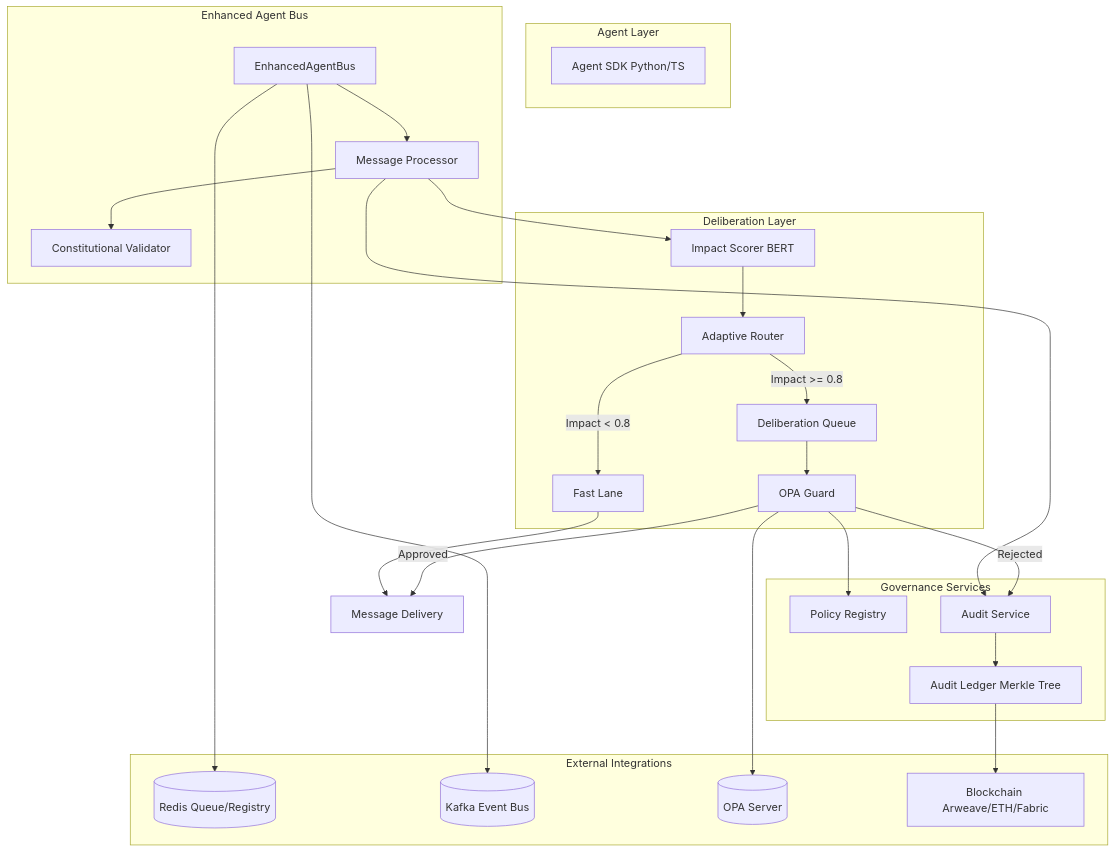
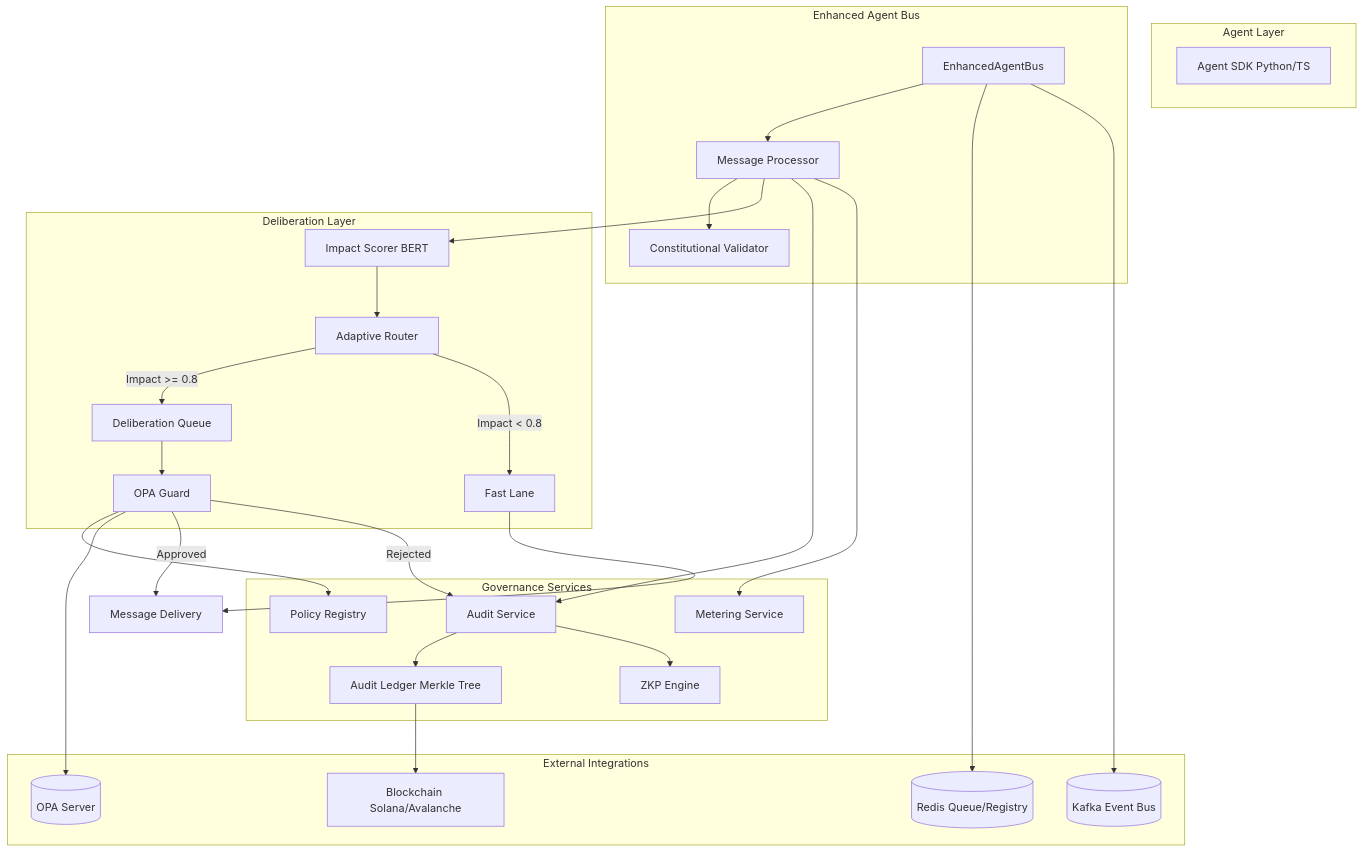
The diagram in docs/architecture_diagram.md (dislovelhl/acgs2), drawn with Mermaid before and after one commit. The commit also changed other lines of this file and 23 other files, not shown here.

````diff
--- a/docs/architecture_diagram.md
+++ b/docs/architecture_diagram.md
@@ -9,54 +14,58 @@
 ```mermaid
 graph TD
     subgraph Agent_Layer [Agent Layer]
         SDK[Agent SDK Python/TS]
     end
 
     subgraph Core_Bus [Enhanced Agent Bus]
         Bus[EnhancedAgentBus]
         Processor[Message Processor]
         Validator[Constitutional Validator]
-        
+
         Bus --> Processor
         Processor --> Validator
     end
 
     subgraph Deliberation_Layer [Deliberation Layer]
         Scorer[Impact Scorer BERT]
         Router[Adaptive Router]
         Queue[Deliberation Queue]
         OPAGuard[OPA Guard]
-        
+
         Processor --> Scorer
         Scorer --> Router
         Router -- Impact >= 0.8 --> Queue
         Router -- Impact < 0.8 --> FastLane[Fast Lane]
         Queue --> OPAGuard
     end
 
     subgraph Governance_Services [Governance Services]
         Policy[Policy Registry]
         Audit[Audit Service]
         Ledger[Audit Ledger Merkle Tree]
-        
+        Metering[Metering Service]
+        ZKP[ZKP Engine]
+
         OPAGuard --> Policy
         Processor --> Audit
+        Processor --> Metering
         Audit --> Ledger
+        Audit --> ZKP
     end
 
     subgraph External_Integrations [External Integrations]
         Redis[(Redis Queue/Registry)]
         Kafka[(Kafka Event Bus)]
         OPA[(OPA Server)]
-        Blockchain[Blockchain Arweave/ETH/Fabric]
-        
+        Blockchain[Blockchain Solana/Avalanche]
+
         Bus --> Redis
         Bus --> Kafka
         OPAGuard --> OPA
         Ledger --> Blockchain
     end
 
     FastLane --> Delivery[Message Delivery]
     OPAGuard -- Approved --> Delivery
     OPAGuard -- Rejected --> Audit
 ```
````
